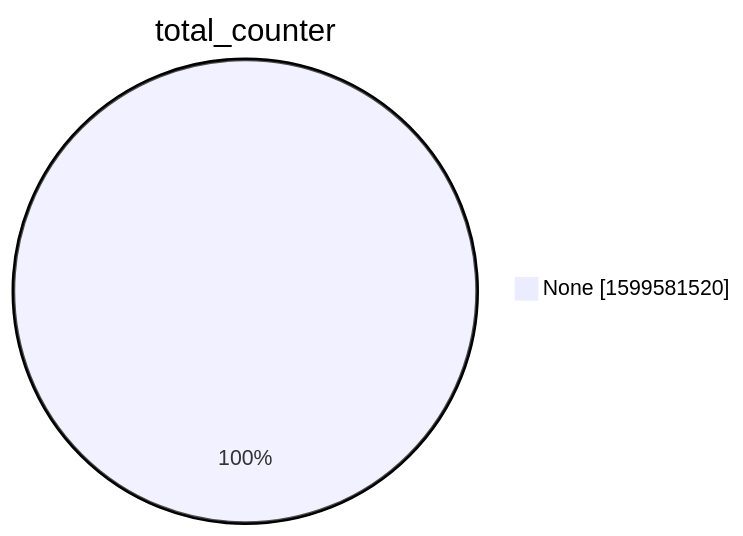
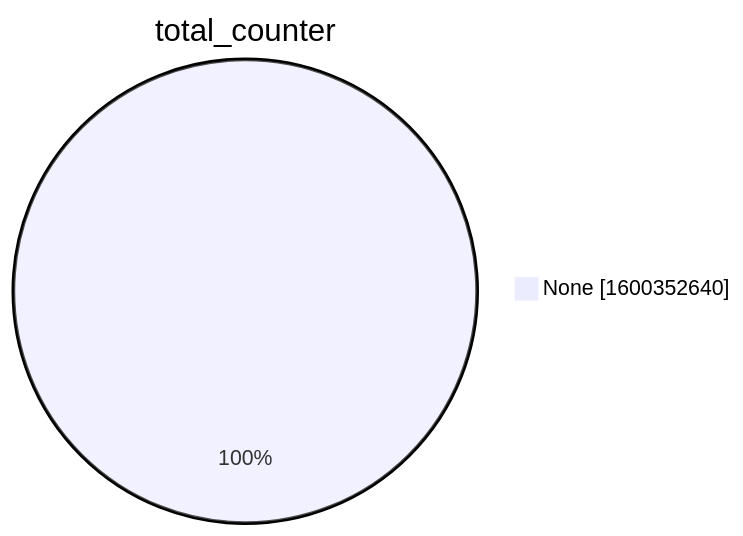
The second of 15 diagrams in xenon2022/README.md (christiankrug/ctmonitor_visualization), drawn with Mermaid before and after one commit. The commit also changed other lines of this file, not shown here.

````diff
--- a/xenon2022/README.md
+++ b/xenon2022/README.md
@@ -9,5 +9,5 @@
 ```mermaid
 pie showData
 title total_counter
-"None" :1599581520
+"None" :1600352640
 ```
````
